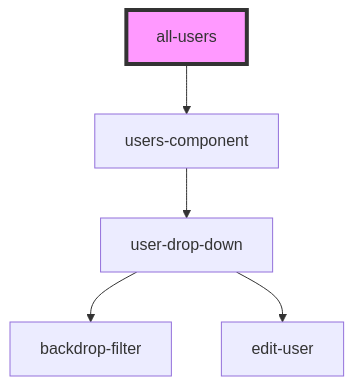
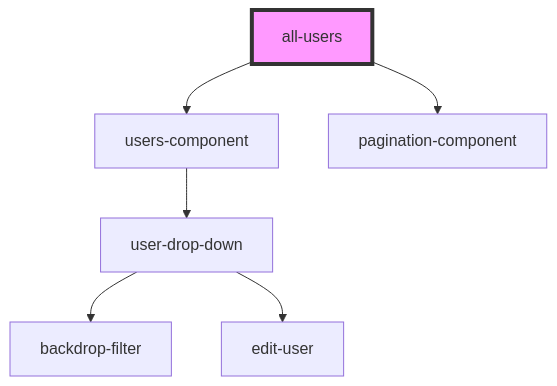
One commit to techvariable/NeptuneConnectComponents changed the diagram in src/components/usersPage/all-users/readme.md. Above: the diagram before and after it, drawn with Mermaid. The commit also changed other lines of this file and 14 other files, not shown here.

Commit message:
added pagination in users page

````diff
--- a/src/components/usersPage/all-users/readme.md
+++ b/src/components/usersPage/all-users/readme.md
@@ -24,8 +28,9 @@
 ```mermaid
 graph TD;
   all-users --> users-component
+  all-users --> pagination-component
   users-component --> user-drop-down
   user-drop-down --> backdrop-filter
   user-drop-down --> edit-user
   style all-users fill:#f9f,stroke:#333,stroke-width:4px
 ```
````
